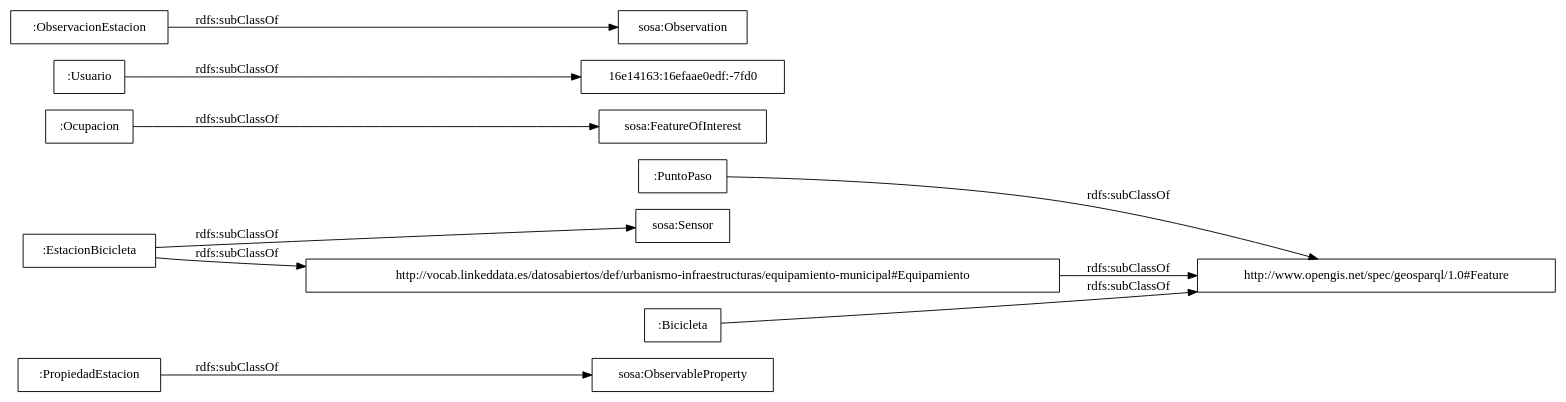
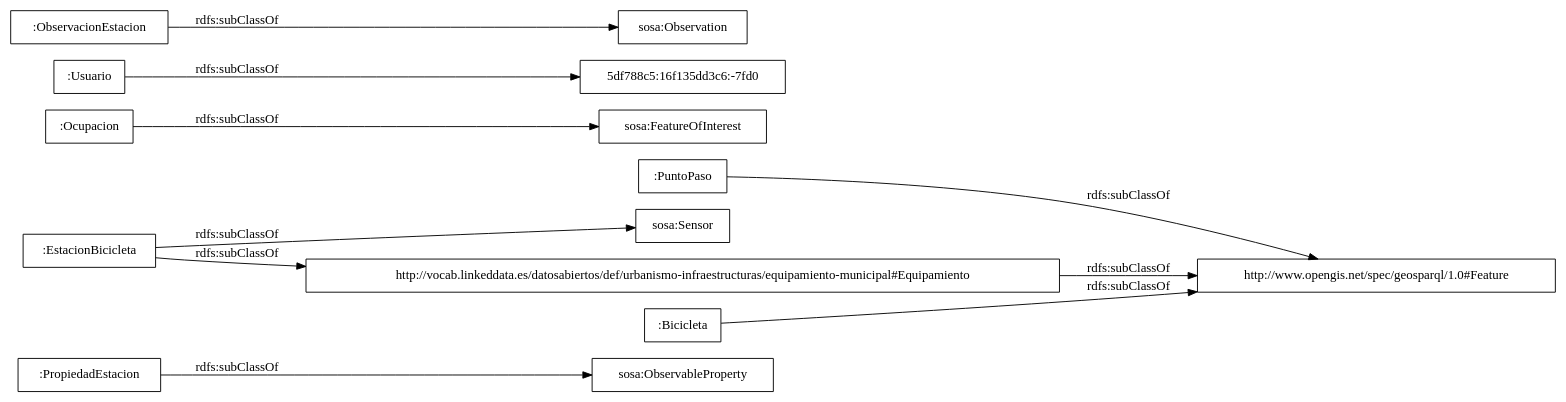
Before and after one commit to opencitydata/transporte-bici-datos-publicos: the diagram in OnToology/Ontology/bicicleta-publica.owl/diagrams/ar2dtool-taxonomy/bicicleta-publica.owl.png.dot, drawn with Graphviz. The commit also changed 12 other files, not shown here.

```diff
--- a/OnToology/Ontology/bicicleta-publica.owl/diagrams/ar2dtool-taxonomy/bicicleta-publica.owl.png.dot
+++ b/OnToology/Ontology/bicicleta-publica.owl/diagrams/ar2dtool-taxonomy/bicicleta-publica.owl.png.dot
@@ -1,15 +1,15 @@
 digraph ar2dtool_diagram { 
 rankdir=LR;
 size="1000"
-node [shape = rectangle, color="black"]; ":PropiedadEstacion" ":PuntoPaso" "sosa:ObservableProperty" "sosa:FeatureOfInterest" ":Usuario" ":Ocupacion" "sosa:Observation" "sosa:Sensor" "http://vocab.linkeddata.es/datosabiertos/def/urbanismo-infraestructuras/equipamiento-municipal#Equipamiento" ":EstacionBicicleta" "16e14163:16efaae0edf:-7fd0" ":ObservacionEstacion" ":Bicicleta" "http://www.opengis.net/spec/geosparql/1.0#Feature" ; /*classes style*/
+node [shape = rectangle, color="black"]; ":PropiedadEstacion" ":PuntoPaso" "sosa:ObservableProperty" "sosa:FeatureOfInterest" ":Usuario" ":Ocupacion" "sosa:Observation" "5df788c5:16f135dd3c6:-7fd0" "sosa:Sensor" "http://vocab.linkeddata.es/datosabiertos/def/urbanismo-infraestructuras/equipamiento-municipal#Equipamiento" ":EstacionBicicleta" ":ObservacionEstacion" ":Bicicleta" "http://www.opengis.net/spec/geosparql/1.0#Feature" ; /*classes style*/
 	"http://vocab.linkeddata.es/datosabiertos/def/urbanismo-infraestructuras/equipamiento-municipal#Equipamiento" -> "http://www.opengis.net/spec/geosparql/1.0#Feature" [ label = "rdfs:subClassOf" ];
 	":EstacionBicicleta" -> "http://vocab.linkeddata.es/datosabiertos/def/urbanismo-infraestructuras/equipamiento-municipal#Equipamiento" [ label = "rdfs:subClassOf" ];
 	":EstacionBicicleta" -> "sosa:Sensor" [ label = "rdfs:subClassOf" ];
-	":Usuario" -> "16e14163:16efaae0edf:-7fd0" [ label = "rdfs:subClassOf" ];
+	":Usuario" -> "5df788c5:16f135dd3c6:-7fd0" [ label = "rdfs:subClassOf" ];
 	":Bicicleta" -> "http://www.opengis.net/spec/geosparql/1.0#Feature" [ label = "rdfs:subClassOf" ];
 	":PuntoPaso" -> "http://www.opengis.net/spec/geosparql/1.0#Feature" [ label = "rdfs:subClassOf" ];
 	":Ocupacion" -> "sosa:FeatureOfInterest" [ label = "rdfs:subClassOf" ];
 	":PropiedadEstacion" -> "sosa:ObservableProperty" [ label = "rdfs:subClassOf" ];
 	":ObservacionEstacion" -> "sosa:Observation" [ label = "rdfs:subClassOf" ];
 
 }
```
